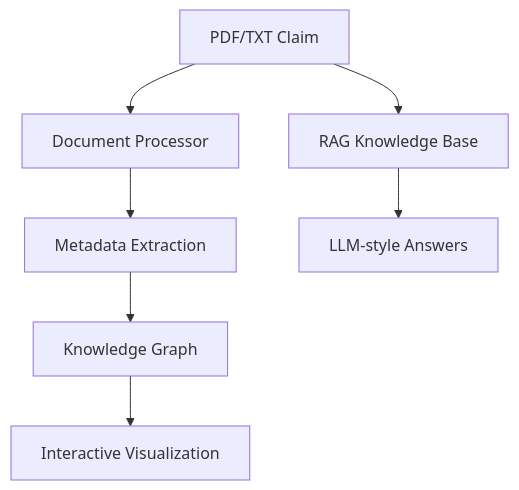
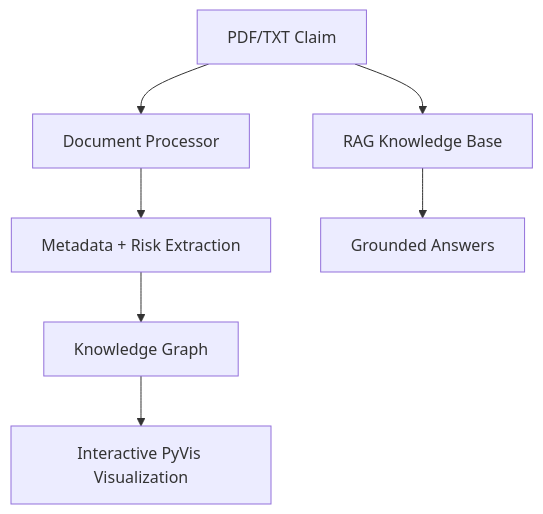
The diagram in README.md (brian-giordano/insurance-claim-ai), drawn with Mermaid before and after one commit. The commit also changed other lines of this file, not shown here.

````diff
--- a/README.md
+++ b/README.md
@@ -25,9 +29,9 @@
 ```mermaid
 graph TD
     A[PDF/TXT Claim] --> B[Document Processor]
-    B --> C[Metadata Extraction]
+    B --> C[Metadata + Risk Extraction]
     A --> D[RAG Knowledge Base]
-    D --> E[LLM-style Answers]
+    D --> E[Grounded Answers]
     C --> F[Knowledge Graph]
-    F --> G[Interactive Visualization]
+    F --> G[Interactive PyVis Visualization]
 ```
````
